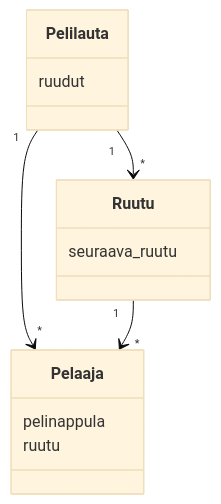
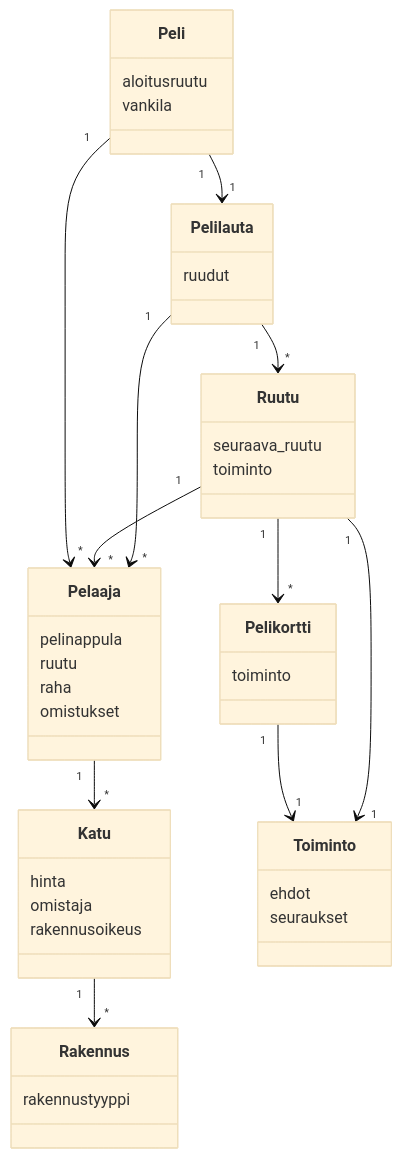
Before and after one commit to platipus82/ot-harjoitustyo: the diagram in laskarit/viikko3/monopoli_luokkakaavio.MD, drawn with Mermaid (base theme).

Commit message:
laajennettu monopoli

````diff
--- a/laskarit/viikko3/monopoli_luokkakaavio.MD
+++ b/laskarit/viikko3/monopoli_luokkakaavio.MD
@@ -1,24 +1,51 @@
 ```mermaid
 classDiagram
     Pelilauta "1" --> "*" Pelaaja 
     Pelilauta "1" --> "*" Ruutu
     Ruutu "1" --> "*" Pelaaja
-
+    Peli "1" --> "1" Pelilauta
+    Peli "1" --> "*" Pelaaja
+    Pelaaja "1" --> "*" Katu
+    Ruutu "1" --> "1" Toiminto
+    Ruutu "1" --> "*" Pelikortti
+    Pelikortti "1" --> "1" Toiminto
+    Katu "1" --> "*" Rakennus
+    class Peli{
+        aloitusruutu
+        vankila
+    }
     class Ruutu{
         seuraava_ruutu
+        toiminto
+    }
+    class Katu{
+        hinta
+        omistaja
+        rakennusoikeus
     }
 
     class Pelaaja{
         pelinappula
         ruutu
+        raha
+        omistukset
     }
 
     class Pelilauta{
         ruudut
     }
 
-  
+    class Pelikortti{
+        toiminto
+    }  
 
+    class Toiminto{
+        ehdot
+        seuraukset
+    }
 
+    class Rakennus{
+        rakennustyyppi
+    }
 
 ```
````
